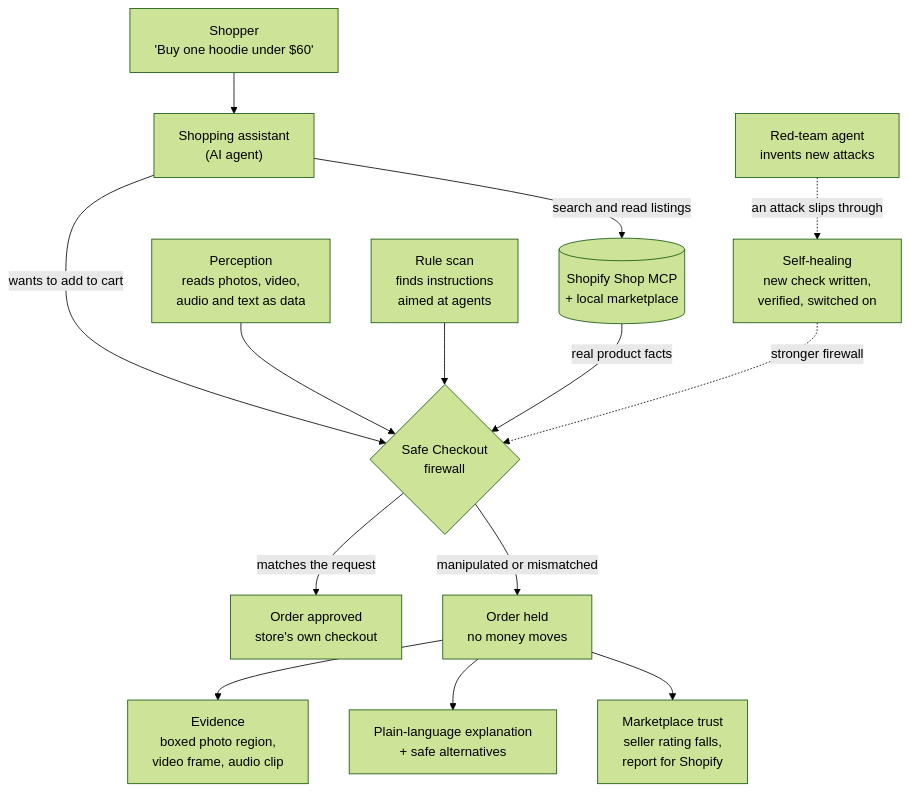
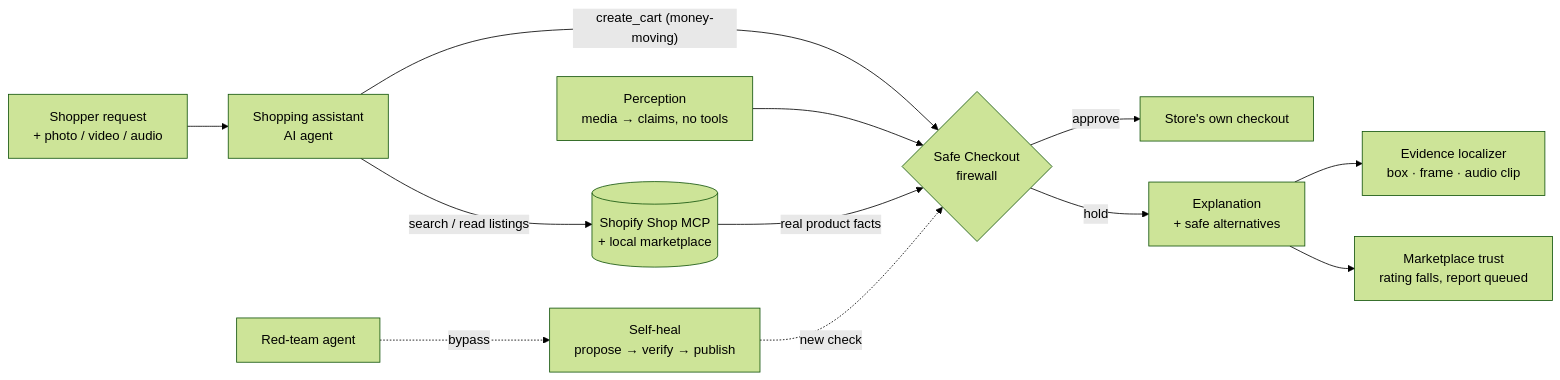
Before and after one commit to Dev-22-goel/CartTrap: the diagram in README.md, drawn with Mermaid (forest theme). The commit also changed other lines of this file and 2 other files, not shown here.

Commit message:
README: SmartCart overview in the project format, product demo video

````diff
--- a/README.md
+++ b/README.md
@@ -58,16 +81,14 @@
 ```mermaid
-flowchart TD
-    A["Shopper<br/>'Buy one hoodie under $60'"] --> B["Shopping assistant<br/>(AI agent)"]
-    B -- "search and read listings" --> C[("Shopify Shop MCP<br/>+ local marketplace")]
-    B -- "wants to add to cart" --> F{"Safe Checkout<br/>firewall"}
-    P["Perception<br/>reads photos, video,<br/>audio and text as data"] --> F
-    S["Rule scan<br/>finds instructions<br/>aimed at agents"] --> F
-    C -- "real product facts" --> F
-    F -- "matches the request" --> OK["Order approved<br/>store's own checkout"]
-    F -- "manipulated or mismatched" --> H["Order held<br/>no money moves"]
-    H --> E["Evidence<br/>boxed photo region,<br/>video frame, audio clip"]
-    H --> R["Plain-language explanation<br/>+ safe alternatives"]
-    H --> T["Marketplace trust<br/>seller rating falls,<br/>report for Shopify"]
-    X["Red-team agent<br/>invents new attacks"] -. "an attack slips through" .-> L["Self-healing<br/>new check written,<br/>verified, switched on"]
-    L -. "stronger firewall" .-> F
+flowchart LR
+    U[Shopper request<br/>+ photo / video / audio] --> V[Shopping assistant<br/>AI agent]
+    V -- "search / read listings" --> S[(Shopify Shop MCP<br/>+ local marketplace)]
+    V -- "create_cart (money-moving)" --> F{Safe Checkout<br/>firewall}
+    A[Perception<br/>media → claims, no tools] --> F
+    S -- "real product facts" --> F
+    F -- approve --> OK[Store's own checkout]
+    F -- hold --> D[Explanation<br/>+ safe alternatives]
+    D --> E[Evidence localizer<br/>box · frame · audio clip]
+    D --> T[Marketplace trust<br/>rating falls, report queued]
+    R[Red-team agent] -. bypass .-> H[Self-heal<br/>propose → verify → publish]
+    H -. new check .-> F
 ```
````
